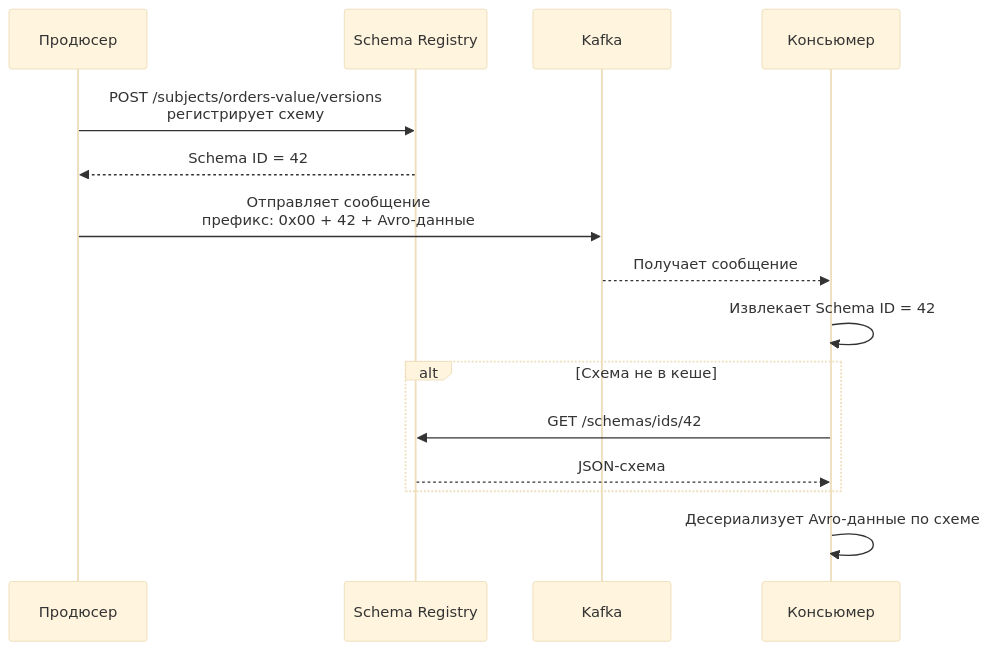
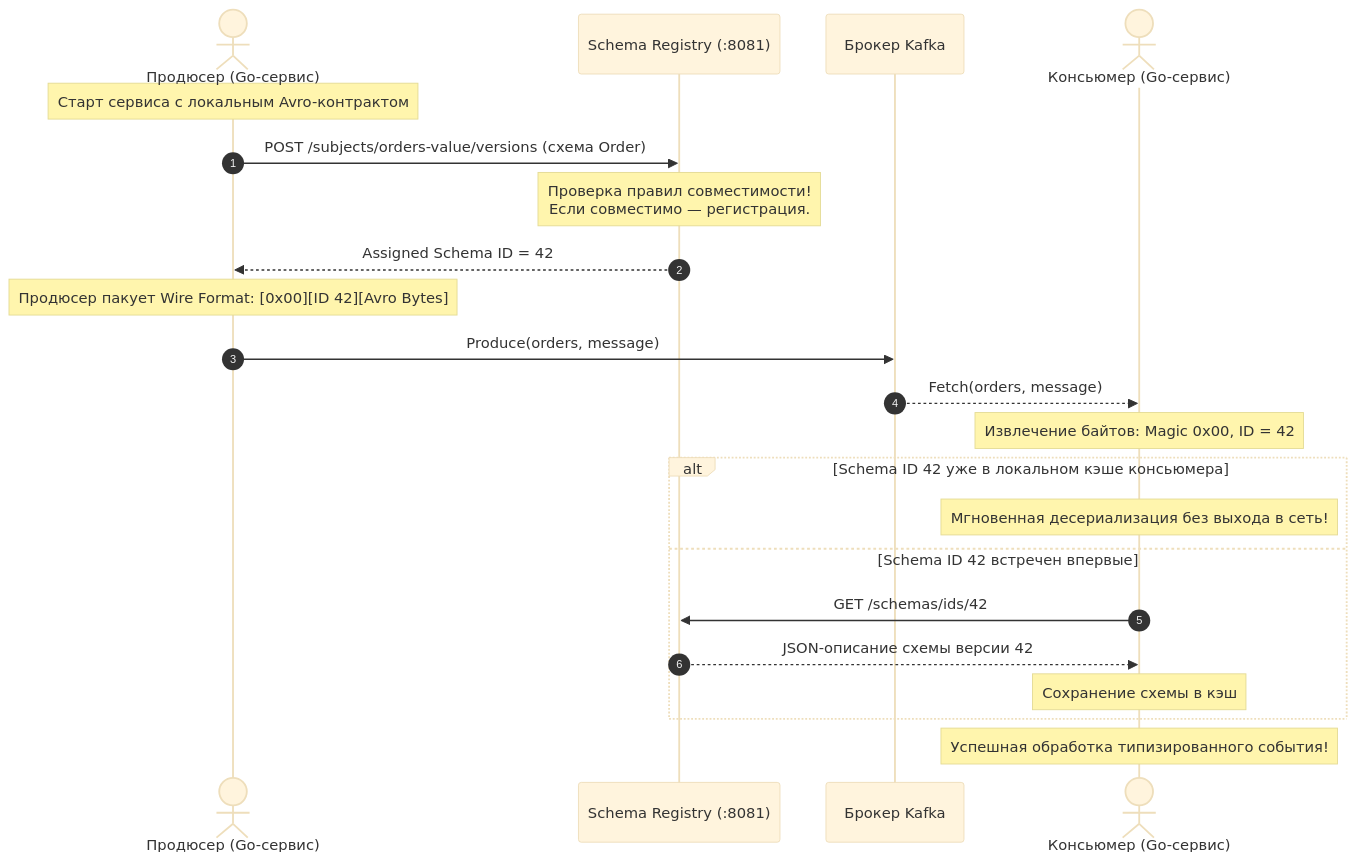
Before and after one commit to UnrealTemplier/go-textbook: the second of 4 diagrams in sources/13. Очереди, брокеры сообщений и оркестраторы/03. Kafka/11. Schema Registry и эволюция схем.md, drawn with Mermaid (base theme). The commit also changed other lines of this file, not shown here.

Commit message:
feat(module-13): editorial rewrite of lecture 11 in Subsection 3 (Kafka) in Kernighan style

````diff
--- a/sources/13. Очереди, брокеры сообщений и оркестраторы/03. Kafka/11. Schema Registry и эволюция схем.md
+++ b/sources/13. Очереди, брокеры сообщений и оркестраторы/03. Kafka/11. Schema Registry и эволюция схем.md
@@ -48,18 +117,28 @@
 ```mermaid
 sequenceDiagram
-    participant P as Продюсер
-    participant SR as Schema Registry
-    participant K as Kafka
-    participant C as Консьюмер
+    autonumber
+    actor P as Продюсер (Go-сервис)
+    participant SR as Schema Registry (:8081)
+    participant K as Брокер Kafka
+    actor C as Консьюмер (Go-сервис)
 
-    P->>SR: POST /subjects/orders-value/versions<br>регистрирует схему
-    SR-->>P: Schema ID = 42
-    P->>K: Отправляет сообщение<br>префикс: 0x00 + 42 + Avro-данные
-    K-->>C: Получает сообщение
-    C->>C: Извлекает Schema ID = 42
-    alt Схема не в кеше
+    Note over P: Старт сервиса с локальным Avro-контрактом
+    P->>SR: POST /subjects/orders-value/versions (схема Order)
+    Note over SR: Проверка правил совместимости!<br>Если совместимо — регистрация.
+    SR-->>P: Assigned Schema ID = 42
+
+    Note over P: Продюсер пакует Wire Format: [0x00][ID 42][Avro Bytes]
+    P->>K: Produce(orders, message)
+
+    K-->>C: Fetch(orders, message)
+    Note over C: Извлечение байтов: Magic 0x00, ID = 42
+    
+    alt Schema ID 42 уже в локальном кэше консьюмера
+        Note over C: Мгновенная десериализация без выхода в сеть!
+    else Schema ID 42 встречен впервые
         C->>SR: GET /schemas/ids/42
-        SR-->>C: JSON-схема
+        SR-->>C: JSON-описание схемы версии 42
+        Note over C: Сохранение схемы в кэш
     end
-    C->>C: Десериализует Avro-данные по схеме
+    Note over C: Успешная обработка типизированного события!
 ```
````
